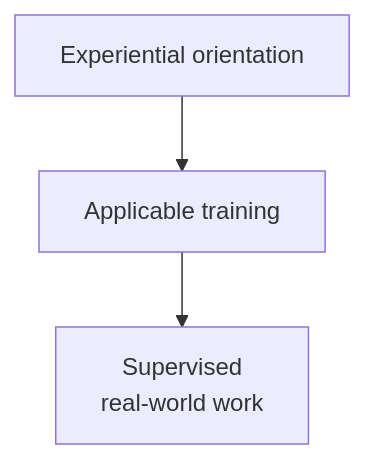
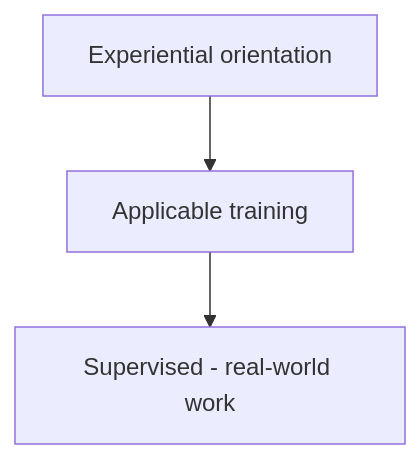
Before and after one commit to RIAHPathway/Website-Draft: the seventh of 18 diagrams in RIAH-PATHWAY-EXPERIENTIAL-STRUCTURE/EXPERIENTIAL-STRUCTURE.md, drawn with Mermaid. The commit also changed other lines of this file, not shown here.

````diff
--- a/RIAH-PATHWAY-EXPERIENTIAL-STRUCTURE/EXPERIENTIAL-STRUCTURE.md
+++ b/RIAH-PATHWAY-EXPERIENTIAL-STRUCTURE/EXPERIENTIAL-STRUCTURE.md
@@ -533,5 +533,5 @@
 ```mermaid
 flowchart TD
     A["Experiential orientation"] --> B["Applicable training"]
-    B --> C["Supervised<br>real-world work"]
+    B --> C["Supervised - real-world work"]
 ```
````
